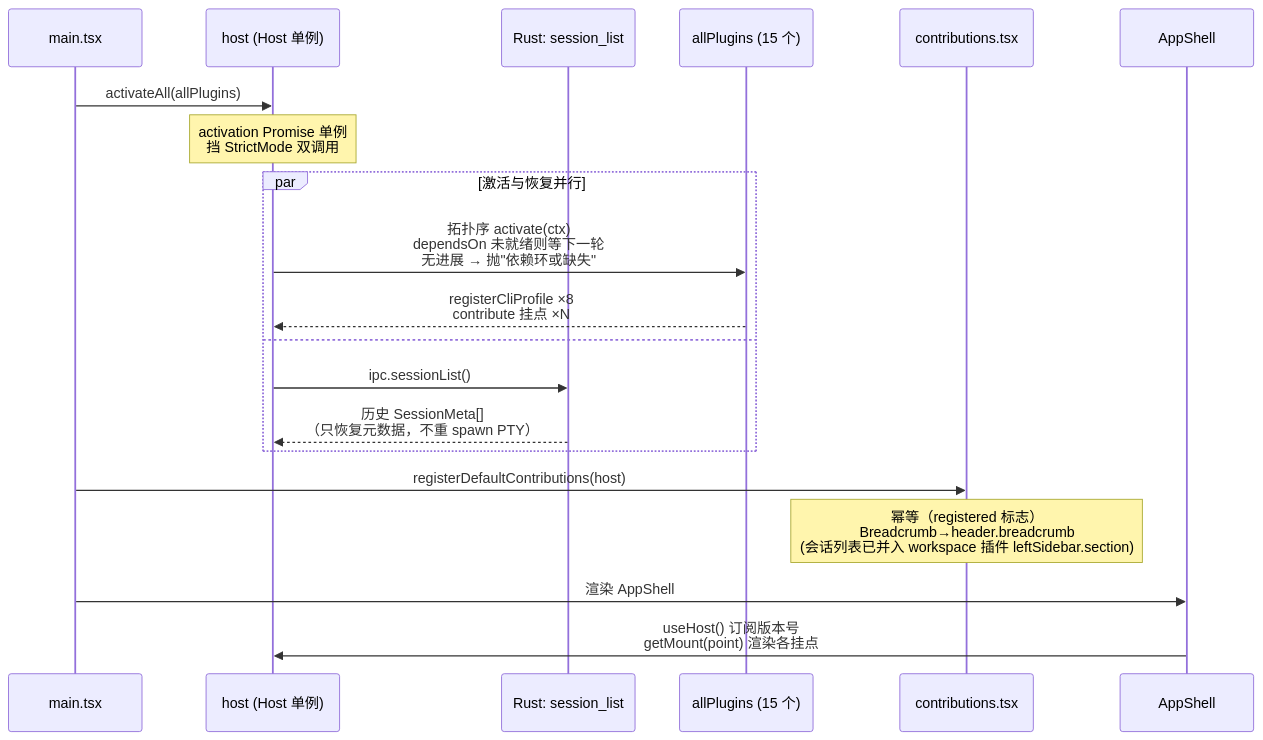
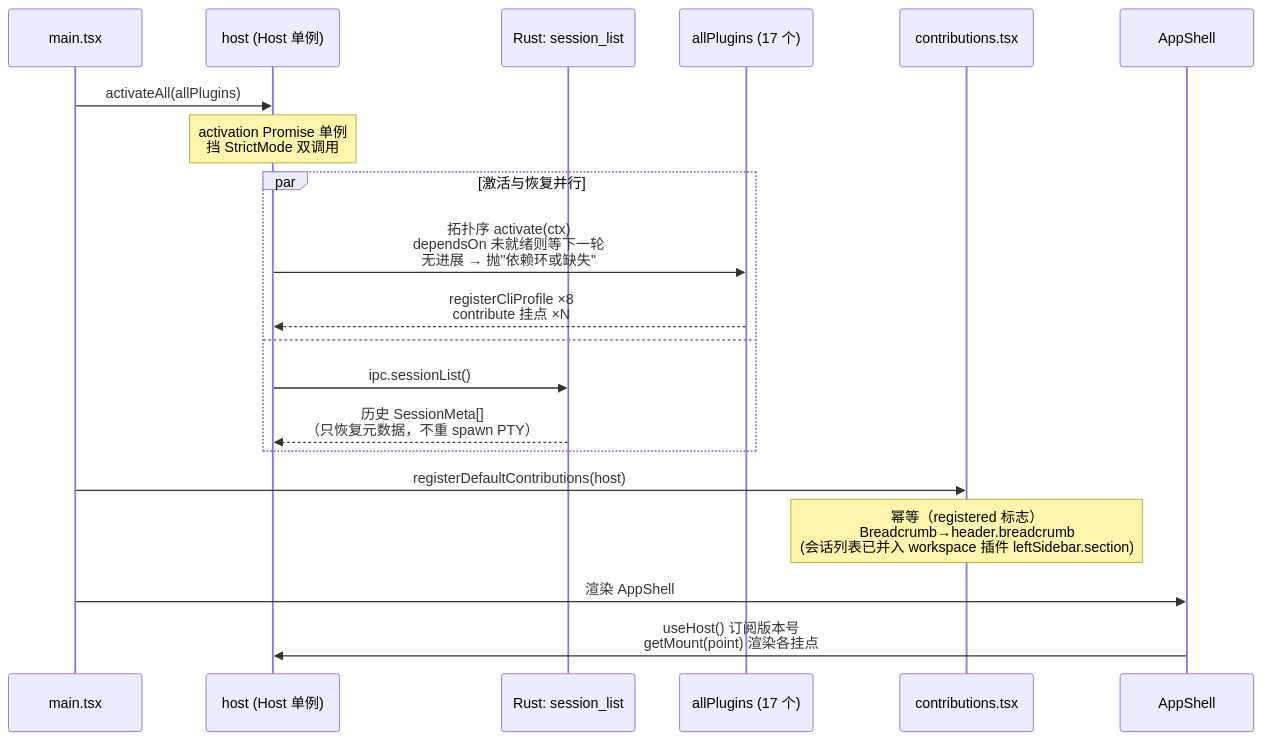
Before and after one commit to chenxiangning/tmd-cli: the second of 8 diagrams in docs/architecture/02-code-architecture.md, drawn with Mermaid. The commit also changed other lines of this file and 73 other files, not shown here.

````diff
--- a/docs/architecture/02-code-architecture.md
+++ b/docs/architecture/02-code-architecture.md
@@ -102,23 +112,23 @@
 ```mermaid
 sequenceDiagram
     participant M as main.tsx
     participant H as host (Host 单例)
     participant R as Rust: session_list
-    participant P as allPlugins (15 个)
+    participant P as allPlugins (17 个)
     participant C as contributions.tsx
     participant A as AppShell
 
     M->>H: activateAll(allPlugins)
     Note over H: activation Promise 单例<br/>挡 StrictMode 双调用
     par 激活与恢复并行
         H->>P: 拓扑序 activate(ctx)<br/>dependsOn 未就绪则等下一轮<br/>无进展 → 抛"依赖环或缺失"
         P-->>H: registerCliProfile ×8<br/>contribute 挂点 ×N
     and
         H->>R: ipc.sessionList()
         R-->>H: 历史 SessionMeta[]<br/>（只恢复元数据，不重 spawn PTY）
     end
     M->>C: registerDefaultContributions(host)
     Note over C: 幂等（registered 标志）<br/>Breadcrumb→header.breadcrumb<br/>(会话列表已并入 workspace 插件 leftSidebar.section)
     M->>A: 渲染 AppShell
     A->>H: useHost() 订阅版本号<br/>getMount(point) 渲染各挂点
 ```
````
